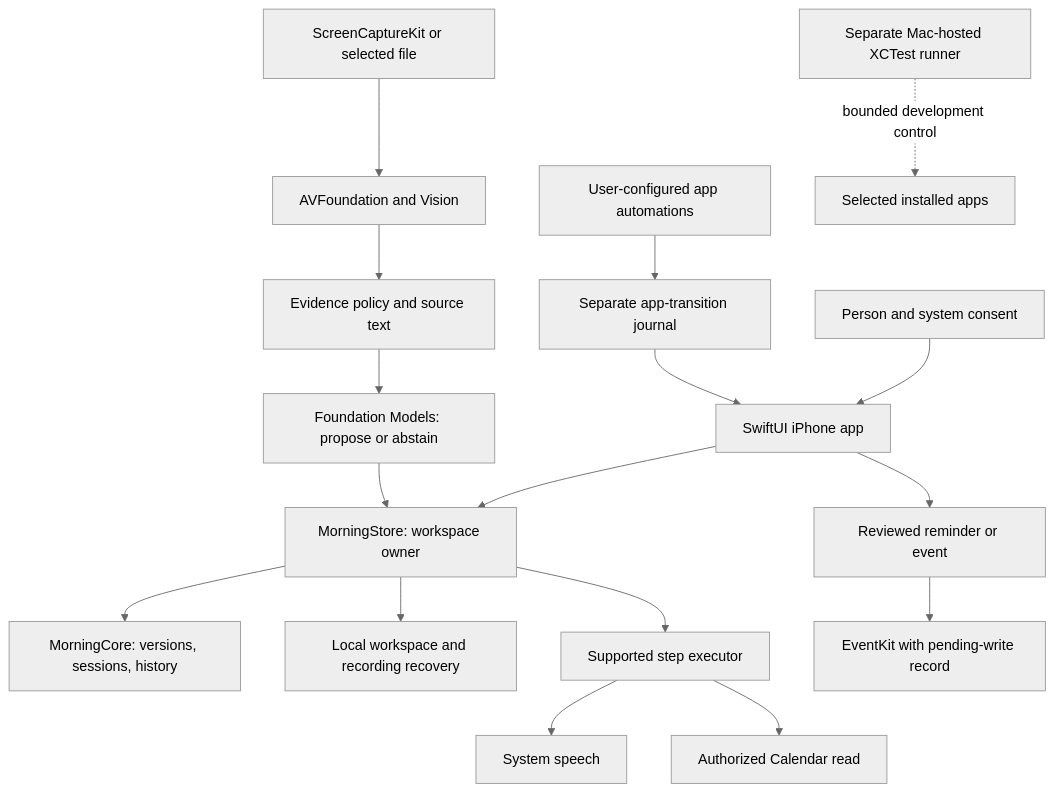
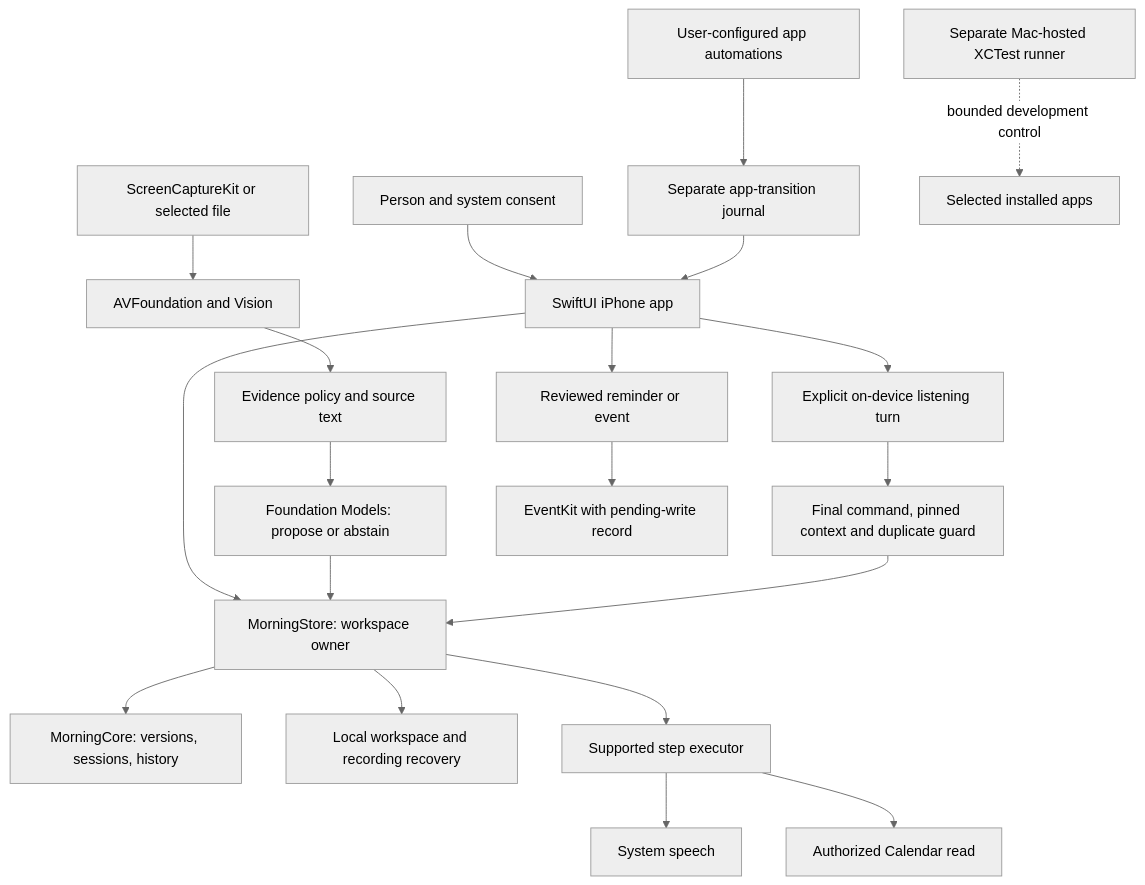
Before and after one commit to gderamchi/morning-operator: the first of 4 diagrams in docs/ARCHITECTURE.md, drawn with Mermaid (neutral theme). The commit also changed other lines of this file and 6 other files, not shown here.

````diff
--- a/docs/ARCHITECTURE.md
+++ b/docs/ARCHITECTURE.md
@@ -9,19 +9,22 @@
 ```mermaid
 flowchart TB
     Person["Person and system consent"] --> UI["SwiftUI iPhone app"]
     UI --> Store["MorningStore: workspace owner"]
     Capture["ScreenCaptureKit or selected file"] --> Media["AVFoundation and Vision"]
     Media --> Evidence["Evidence policy and source text"]
     Evidence --> Model["Foundation Models: propose or abstain"]
     Model --> Store
     Store --> Core["MorningCore: versions, sessions, history"]
     Store --> Disk["Local workspace and recording recovery"]
     Store --> Runner["Supported step executor"]
     Runner --> Speech["System speech"]
+    UI --> Listener["Explicit on-device listening turn"]
+    Listener --> Command["Final command, pinned context and duplicate guard"]
+    Command --> Store
     Runner --> Calendar["Authorized Calendar read"]
     UI --> ReviewedSave["Reviewed reminder or event"]
     ReviewedSave --> EventKit["EventKit with pending-write record"]
     Shortcuts["User-configured app automations"] --> Journal["Separate app-transition journal"]
     Journal --> UI
     Harness["Separate Mac-hosted XCTest runner"] -. "bounded development control" .-> OtherApps["Selected installed apps"]
 ```
````
